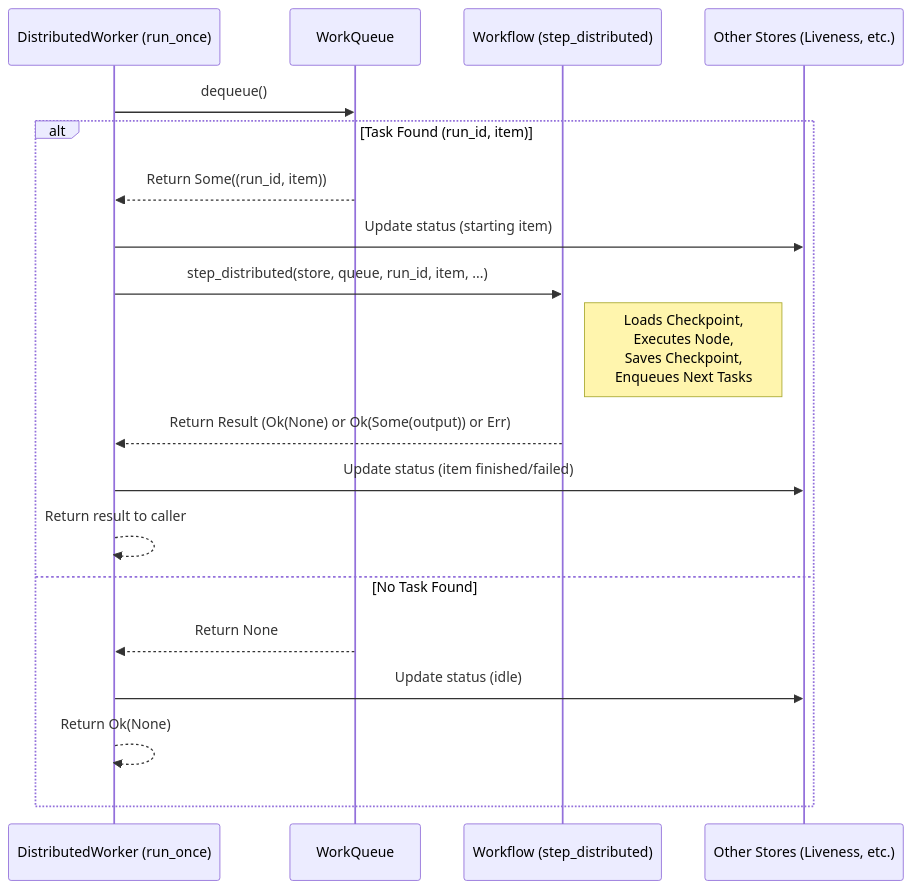
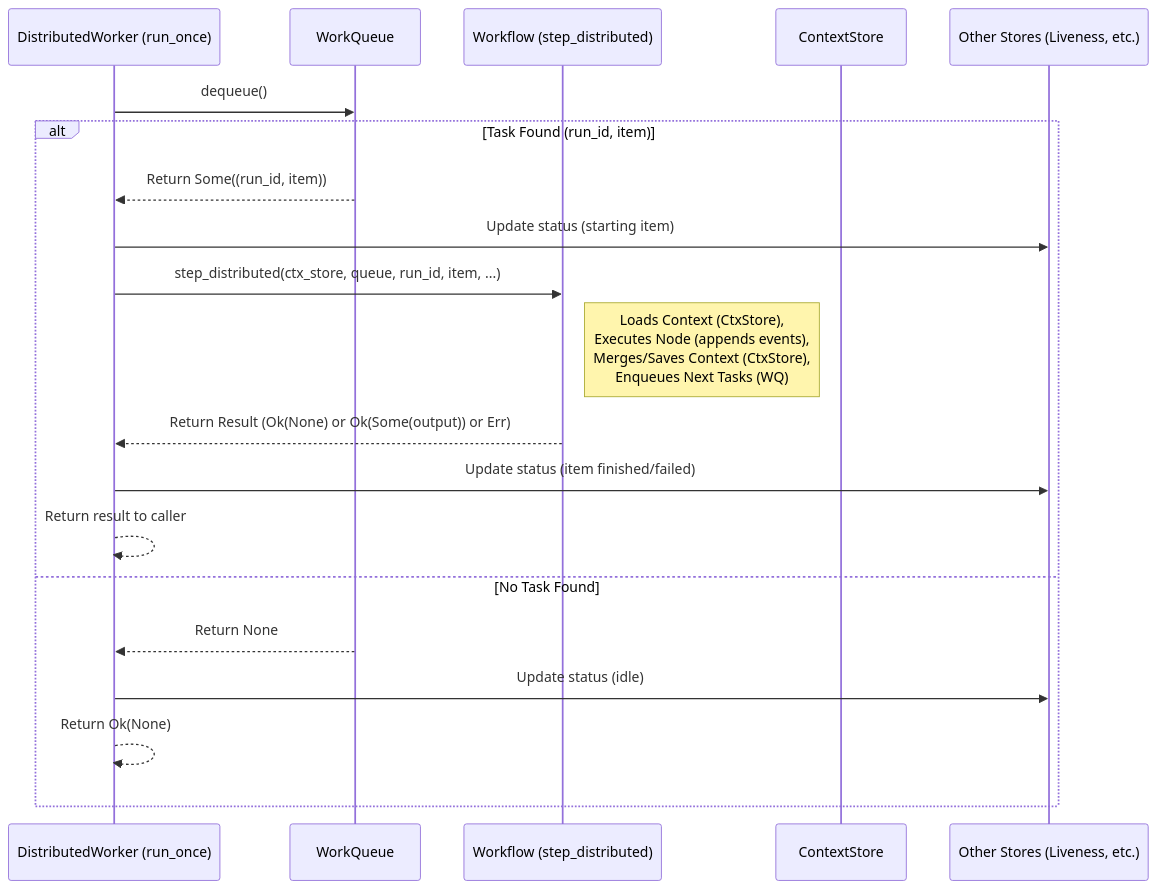
The second of 2 diagrams in docs/floxide-tutorial/07__distributedworker__.md (aitoroses/floxide), drawn with Mermaid before and after one commit. The commit also changed other lines of this file and 5 other files, not shown here.

First line of the commit message:
Enhance Floxide tutorial documentation for context and distributed workflows

````diff
--- a/docs/floxide-tutorial/07__distributedworker__.md
+++ b/docs/floxide-tutorial/07__distributedworker__.md
@@ -183,23 +188,24 @@
 ```mermaid
 sequenceDiagram
     participant Worker as DistributedWorker (run_once)
     participant WQ as WorkQueue
     participant WorkflowImpl as Workflow (step_distributed)
+    participant CtxStore as ContextStore
     participant Stores as Other Stores (Liveness, etc.)
 
     Worker->>WQ: dequeue()
     alt Task Found (run_id, item)
         WQ-->>Worker: Return Some((run_id, item))
         Worker->>Stores: Update status (starting item)
-        Worker->>WorkflowImpl: step_distributed(store, queue, run_id, item, ...)
-        Note right of WorkflowImpl: Loads Checkpoint, <br/>Executes Node,<br/>Saves Checkpoint,<br/>Enqueues Next Tasks
+        Worker->>WorkflowImpl: step_distributed(ctx_store, queue, run_id, item, ...)
+        Note right of WorkflowImpl: Loads Context (CtxStore), <br/>Executes Node (appends events),<br/>Merges/Saves Context (CtxStore),<br/>Enqueues Next Tasks (WQ)
         WorkflowImpl-->>Worker: Return Result (Ok(None) or Ok(Some(output)) or Err)
         Worker->>Stores: Update status (item finished/failed)
         Worker-->>Worker: Return result to caller
     else No Task Found
         WQ-->>Worker: Return None
         Worker->>Stores: Update status (idle)
         Worker-->>Worker: Return Ok(None)
     end
 
 ```
````
